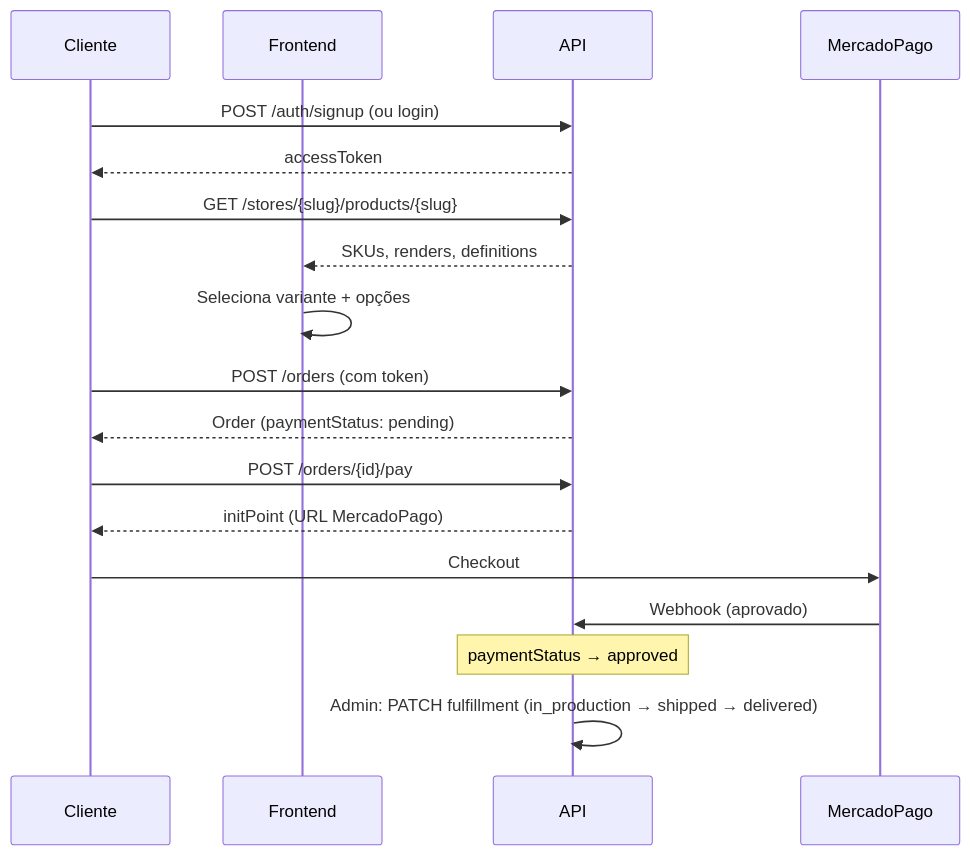
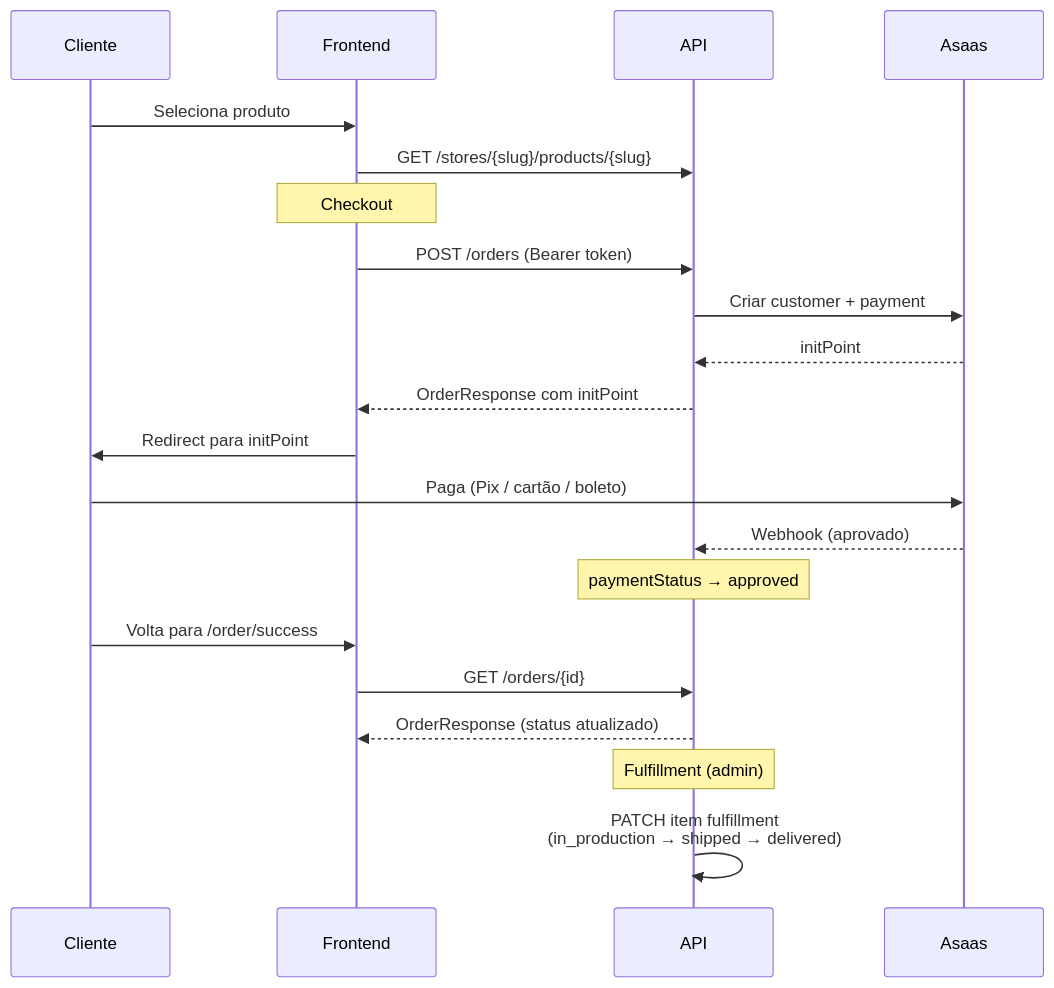
The second of 2 diagrams in docs/api-reference/orders.md (ken-okubo/labanana-docs), drawn with Mermaid before and after one commit. The commit also changed other lines of this file and 47 other files, not shown here.

````diff
--- a/docs/api-reference/orders.md
+++ b/docs/api-reference/orders.md
@@ -213,28 +73,28 @@
 ```mermaid
 sequenceDiagram
     participant Cliente
     participant Frontend
     participant API
-    participant MercadoPago
+    participant Asaas
 
-    Cliente->>API: POST /auth/signup (ou login)
-    API-->>Cliente: accessToken
+    Cliente->>Frontend: Seleciona produto
+    Frontend->>API: GET /stores/{slug}/products/{slug}
 
-    Cliente->>API: GET /stores/{slug}/products/{slug}
-    API-->>Frontend: SKUs, renders, definitions
+    Note over Frontend: Checkout
+    Frontend->>API: POST /orders (Bearer token)
+    API->>Asaas: Criar customer + payment
+    Asaas-->>API: initPoint
+    API-->>Frontend: OrderResponse com initPoint
 
-    Frontend->>Frontend: Seleciona variante + opções
-
-    Cliente->>API: POST /orders (com token)
-    API-->>Cliente: Order (paymentStatus: pending)
-
-    Cliente->>API: POST /orders/{id}/pay
-    API-->>Cliente: initPoint (URL MercadoPago)
-
-    Cliente->>MercadoPago: Checkout
-    MercadoPago->>API: Webhook (aprovado)
-
+    Frontend->>Cliente: Redirect para initPoint
+    Cliente->>Asaas: Paga (Pix / cartão / boleto)
+    Asaas-->>API: Webhook (aprovado)
     Note over API: paymentStatus → approved
 
-    API->>API: Admin: PATCH fulfillment (in_production → shipped → delivered)
+    Cliente->>Frontend: Volta para /order/success
+    Frontend->>API: GET /orders/{id}
+    API-->>Frontend: OrderResponse (status atualizado)
+
+    Note over API: Fulfillment (admin)
+    API->>API: PATCH item fulfillment<br/>(in_production → shipped → delivered)
 ```
````
